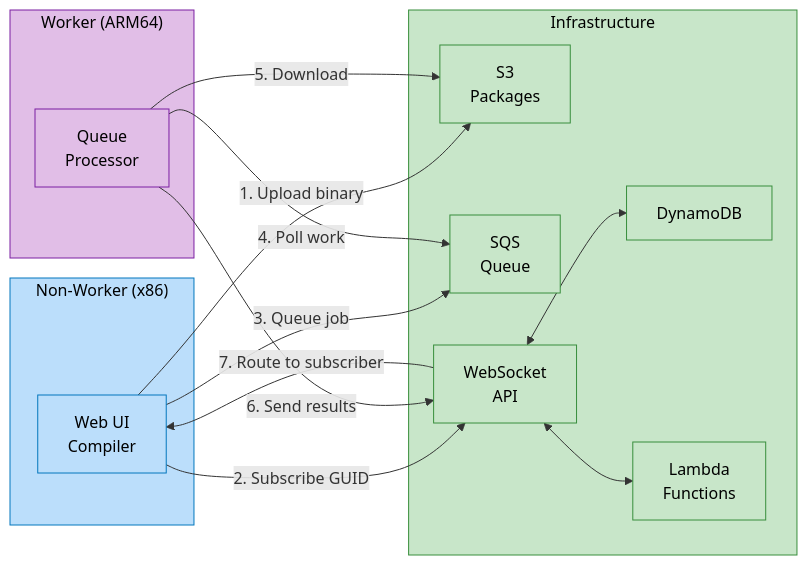
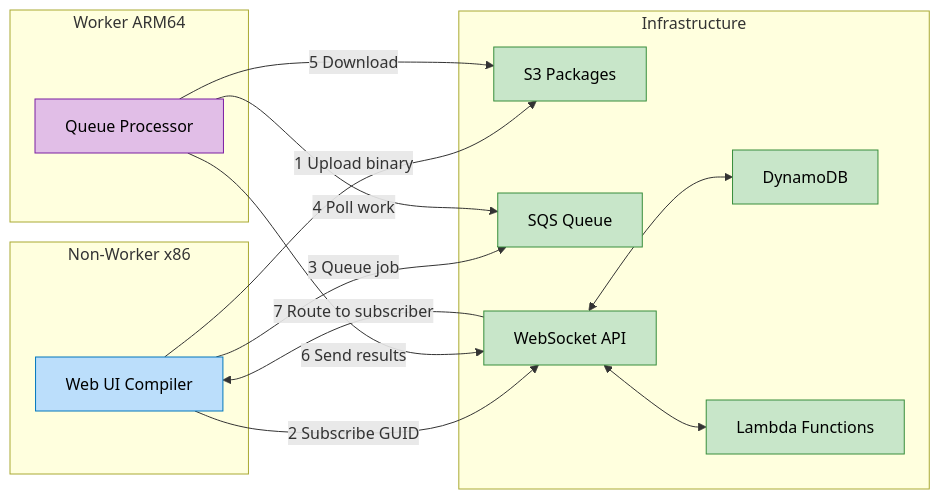
Before and after one commit to compiler-explorer/infra: the second of 2 diagrams in docs/aarch64_execution_workflow.md, drawn with Mermaid.

````diff
--- a/docs/aarch64_execution_workflow.md
+++ b/docs/aarch64_execution_workflow.md
@@ -93,45 +93,39 @@
 ```mermaid
-flowchart LR
-    subgraph nw ["Non-Worker (x86)"]
-        NW["Web UI<br/>Compiler"]
+graph LR
+    subgraph nw [Non-Worker x86]
+        NW[Web UI Compiler]
     end
 
-    subgraph w ["Worker (ARM64)"]
-        WK["Queue<br/>Processor"]
+    subgraph w [Worker ARM64]
+        WK[Queue Processor]
     end
 
-    subgraph infra ["Infrastructure"]
-        S3["S3<br/>Packages"]
-        SQS["SQS<br/>Queue"]
-        WS["WebSocket<br/>API"]
-        DDB["DynamoDB"]
-        LMB["Lambda<br/>Functions"]
+    subgraph infra [Infrastructure]
+        S3[S3 Packages]
+        SQS[SQS Queue]
+        WS[WebSocket API]
+        DDB[DynamoDB]
+        LMB[Lambda Functions]
     end
 
-    NW -->|"1. Upload binary"| S3
-    NW -->|"2. Subscribe GUID"| WS
-    NW -->|"3. Queue job"| SQS
+    NW -->|1 Upload binary| S3
+    NW -->|2 Subscribe GUID| WS
+    NW -->|3 Queue job| SQS
 
-    WK -->|"4. Poll work"| SQS
-    WK -->|"5. Download"| S3
-    WK -->|"6. Send results"| WS
+    WK -->|4 Poll work| SQS
+    WK -->|5 Download| S3
+    WK -->|6 Send results| WS
 
-    WS -->|"7. Route to subscriber"| NW
+    WS -->|7 Route to subscriber| NW
 
     WS <--> DDB
     WS <--> LMB
 
     classDef nonWorker fill:#bbdefb,stroke:#0277bd,color:#000
     classDef worker fill:#e1bee7,stroke:#7b1fa2,color:#000
     classDef service fill:#c8e6c9,stroke:#388e3c,color:#000
-    classDef subgraphNonWorker fill:#bbdefb,stroke:#0277bd,color:#000
-    classDef subgraphWorker fill:#e1bee7,stroke:#7b1fa2,color:#000
-    classDef subgraphService fill:#c8e6c9,stroke:#388e3c,color:#000
 
     class NW nonWorker
     class WK worker
     class S3,SQS,WS,DDB,LMB service
-    class nw subgraphNonWorker
-    class w subgraphWorker
-    class infra subgraphService
 ```
````
